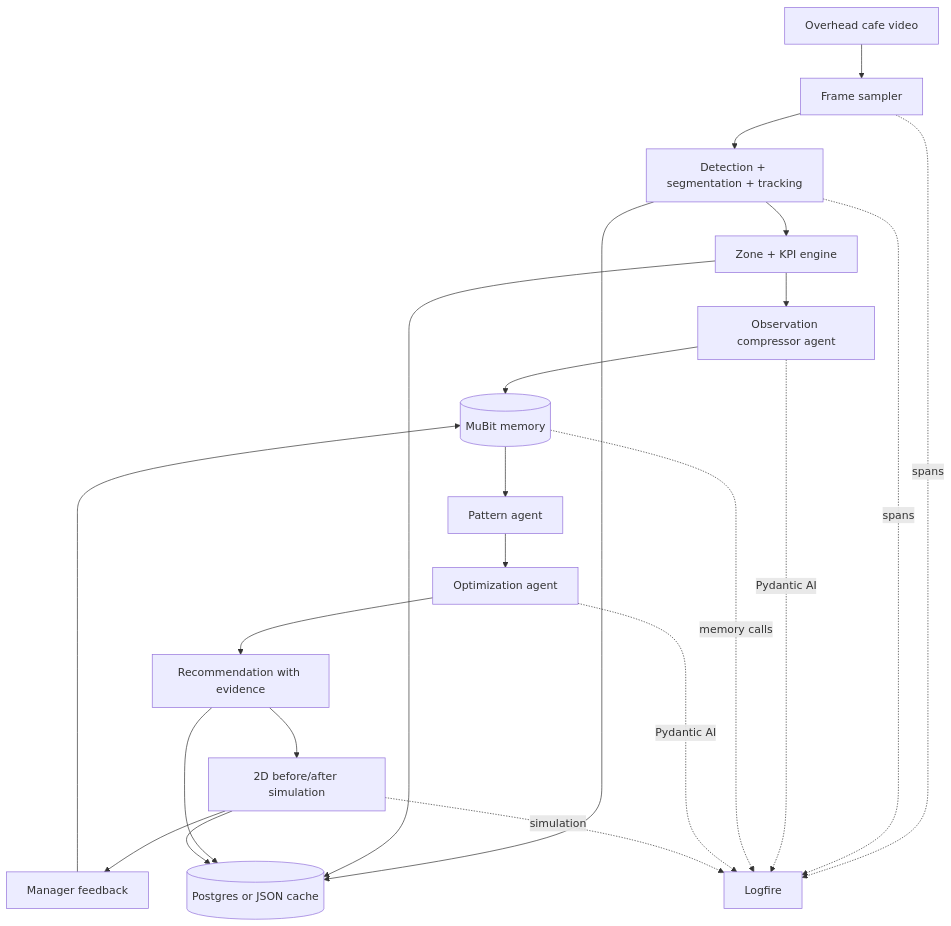
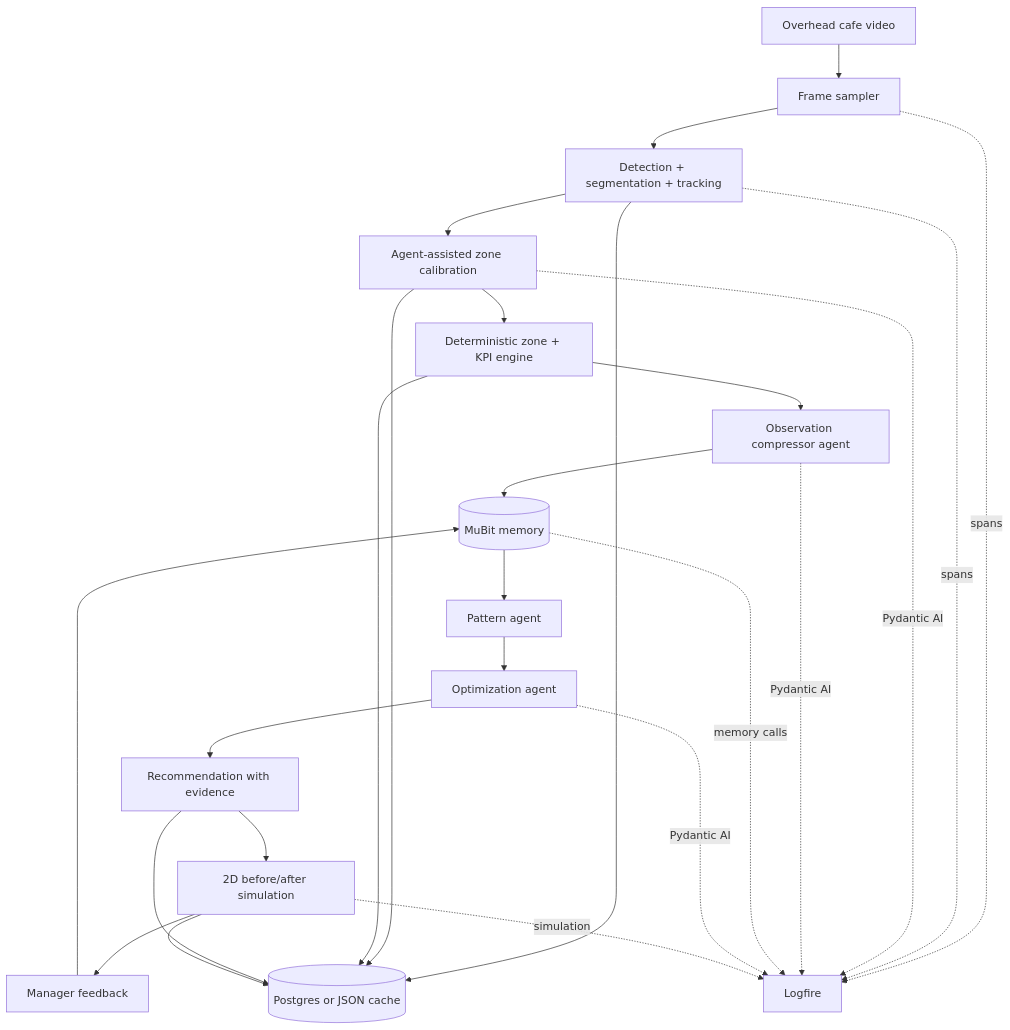
The first of 4 diagrams in overview_plan.md (alexzh3/londonhack), drawn with Mermaid before and after one commit. The commit also changed other lines of this file and 4 other files, not shown here.

````diff
--- a/overview_plan.md
+++ b/overview_plan.md
@@ -24,26 +24,29 @@
 ```mermaid
 flowchart TD
     A[Overhead cafe video] --> B[Frame sampler]
     B --> C[Detection + segmentation + tracking]
-    C --> D[Zone + KPI engine]
-    D --> E[Observation compressor agent]
-    E --> F[(MuBit memory)]
-    F --> G[Pattern agent]
-    G --> H[Optimization agent]
-    H --> I[Recommendation with evidence]
-    I --> J[2D before/after simulation]
-    J --> K[Manager feedback]
-    K --> F
+    C --> D[Agent-assisted zone calibration]
+    D --> E[Deterministic zone + KPI engine]
+    E --> F[Observation compressor agent]
+    F --> G[(MuBit memory)]
+    G --> H[Pattern agent]
+    H --> I[Optimization agent]
+    I --> J[Recommendation with evidence]
+    J --> K[2D before/after simulation]
+    K --> L[Manager feedback]
+    L --> G
 
-    C --> L[(Postgres or JSON cache)]
-    D --> L
-    I --> L
-    J --> L
+    C --> P[(Postgres or JSON cache)]
+    D --> P
+    E --> P
+    J --> P
+    K --> P
 
-    B -. spans .-> M[Logfire]
-    C -. spans .-> M
-    E -. Pydantic AI .-> M
-    F -. memory calls .-> M
-    H -. Pydantic AI .-> M
-    J -. simulation .-> M
+    B -. spans .-> Q[Logfire]
+    C -. spans .-> Q
+    D -. Pydantic AI .-> Q
+    F -. Pydantic AI .-> Q
+    G -. memory calls .-> Q
+    I -. Pydantic AI .-> Q
+    K -. simulation .-> Q
 ```
````
